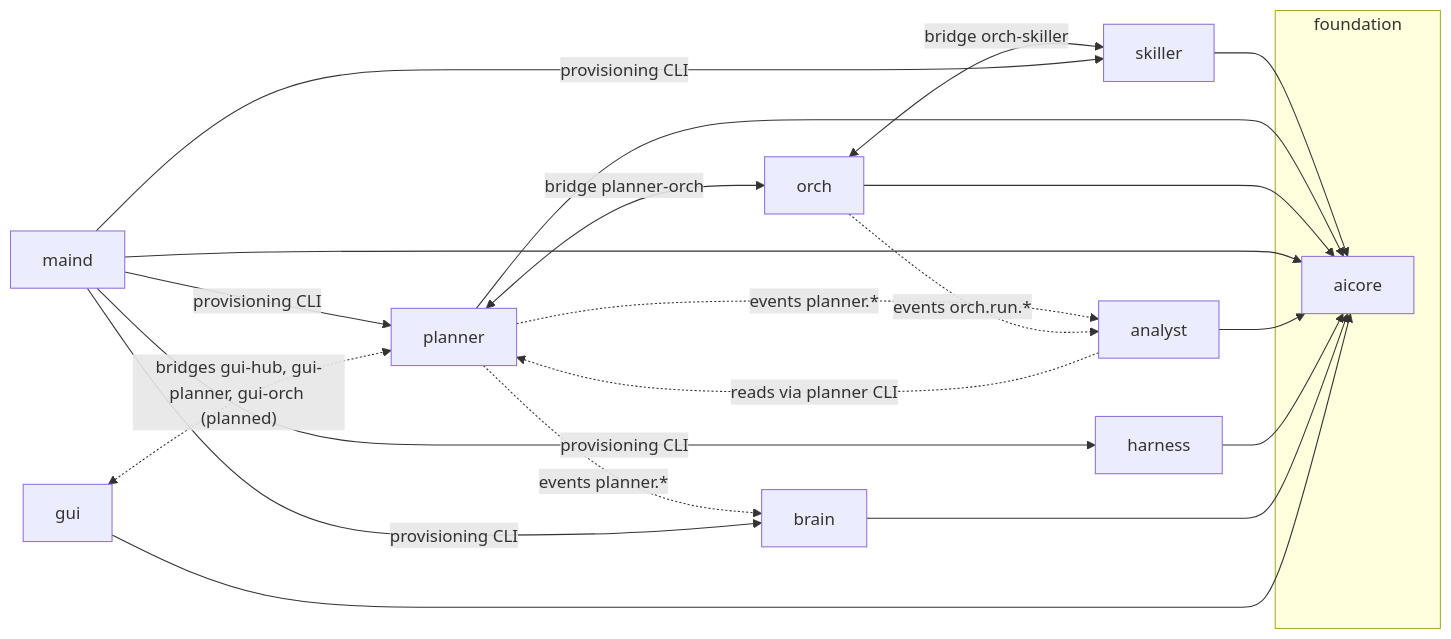
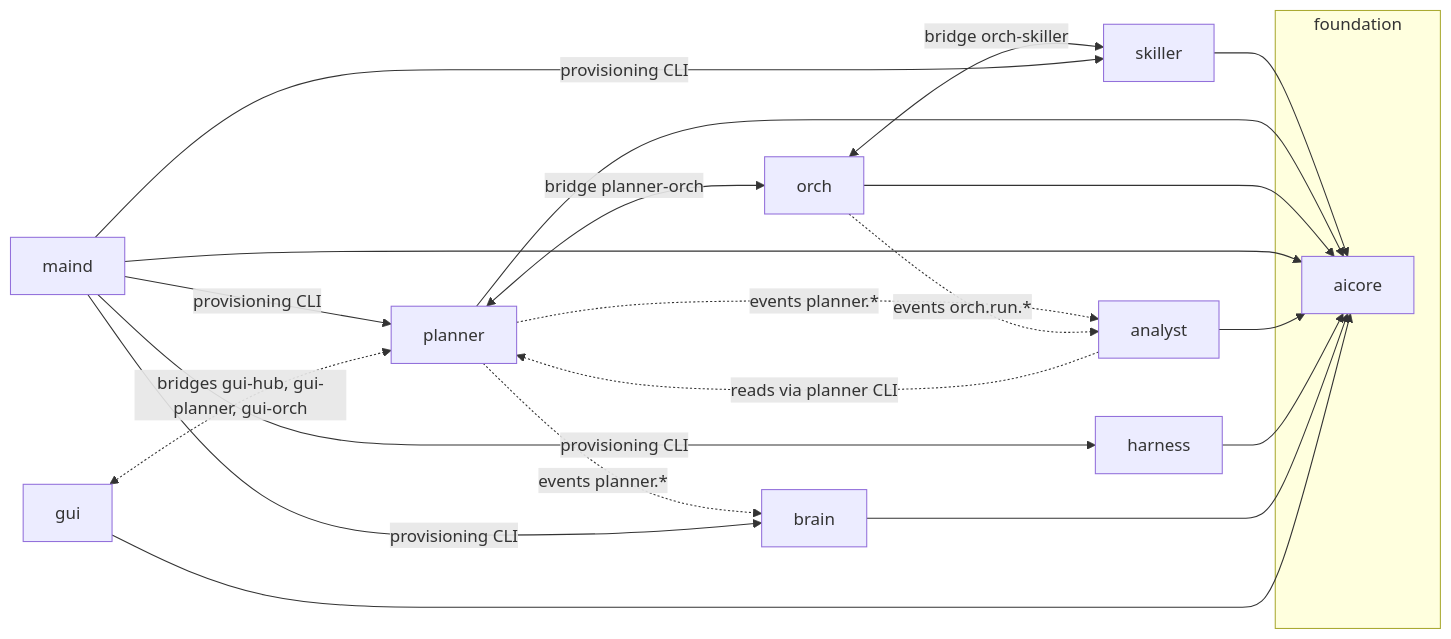
One commit to academici/swissknifeman changed the first of 2 diagrams in docs/architecture/ecosystem.md. Above: the diagram before and after it, drawn with Mermaid. The commit also changed other lines of this file and 36 other files, not shown here.

First line of the commit message:
feat(skm-gui): orch conduct runs (аддитивно) и bridges/gui-orch: runs, статус, отчёт observer, вопросы, sandbox-индикатор, команды запуска (PLAN5.P7.3)

````diff
--- a/docs/architecture/ecosystem.md
+++ b/docs/architecture/ecosystem.md
@@ -87,25 +88,25 @@
 ```mermaid
 flowchart LR
   subgraph foundation
     aicore
   end
   skiller --> aicore
   planner --> aicore
   orch --> aicore
   maind --> aicore
   analyst --> aicore
   harness --> aicore
   brain --> aicore
   gui --> aicore
   planner <-- "bridge planner-orch" --> orch
   orch <-- "bridge orch-skiller" --> skiller
   analyst -. "reads via planner CLI" .-> planner
   planner -. "events planner.*" .-> brain
   planner -. "events planner.*" .-> analyst
   orch -. "events orch.run.*" .-> analyst
   maind -- "provisioning CLI" --> skiller
   maind -- "provisioning CLI" --> planner
   maind -- "provisioning CLI" --> harness
   maind -- "provisioning CLI" --> brain
-  gui <-. "bridges gui-hub, gui-planner, gui-orch (planned)" .-> planner
+  gui <-. "bridges gui-hub, gui-planner, gui-orch" .-> planner
 ```
````
